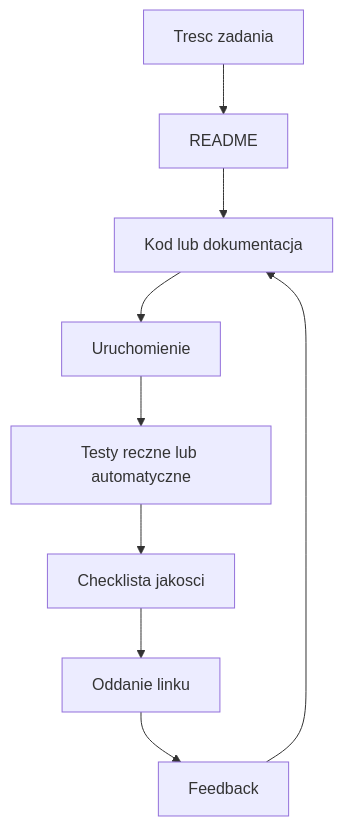
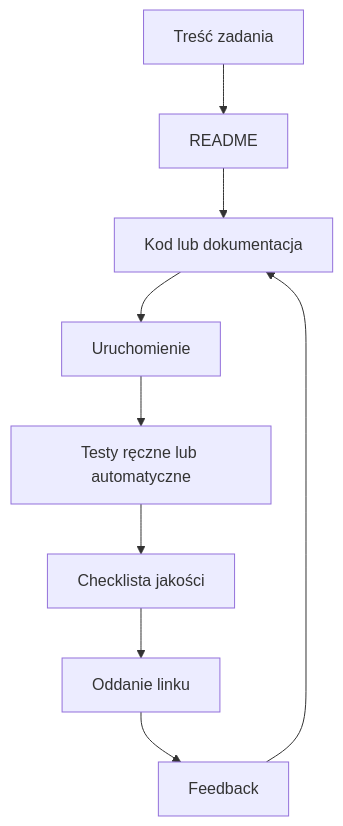
The diagram in src/01-organizacja/02-struktura-materialow-i-oddawanie/diagramy/checklista-oddania.mmd (tborzyszkowski/warsztat-programisty-pjatk), drawn with Mermaid before and after one commit. The commit also changed 10 other files, not shown here.

Commit message:
Fix typos and improve language consistency in documentation and code comments across multiple files; update diagrams for clarity and correctness.

```diff
--- a/src/01-organizacja/02-struktura-materialow-i-oddawanie/diagramy/checklista-oddania.mmd
+++ b/src/01-organizacja/02-struktura-materialow-i-oddawanie/diagramy/checklista-oddania.mmd
@@ -1,9 +1,9 @@
 flowchart TD
-    A[Tresc zadania] --> B[README]
+    A[Treść zadania] --> B[README]
     B --> C[Kod lub dokumentacja]
     C --> D[Uruchomienie]
-    D --> E[Testy reczne lub automatyczne]
-    E --> F[Checklista jakosci]
+    D --> E[Testy ręczne lub automatyczne]
+    E --> F[Checklista jakości]
     F --> G[Oddanie linku]
     G --> H[Feedback]
     H --> C
```
